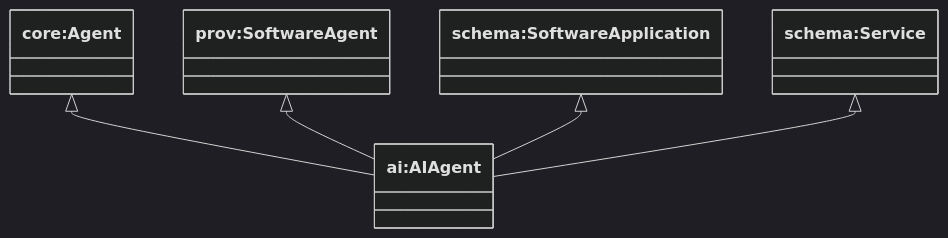
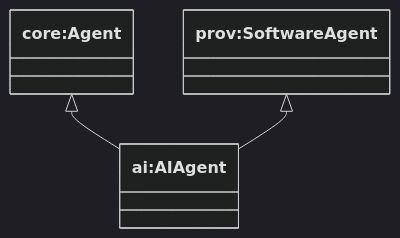
The first of 2 diagrams in docs/ai-agent.md (RichCanvas3/agent-ontology), drawn with Mermaid (dark theme) before and after one commit. The commit also changed other lines of this file and 30 other files, not shown here.

````diff
--- a/docs/ai-agent.md
+++ b/docs/ai-agent.md
@@ -17,13 +15,9 @@
 ```mermaid
 classDiagram
   class coreAgent["core:Agent"]
   class provSoft["prov:SoftwareAgent"]
-  class schemaApp["schema:SoftwareApplication"]
-  class schemaSvc["schema:Service"]
   class aiAgent["ai:AIAgent"]
 
   coreAgent <|-- aiAgent
   provSoft <|-- aiAgent
-  schemaApp <|-- aiAgent
-  schemaSvc <|-- aiAgent
 ```
````
